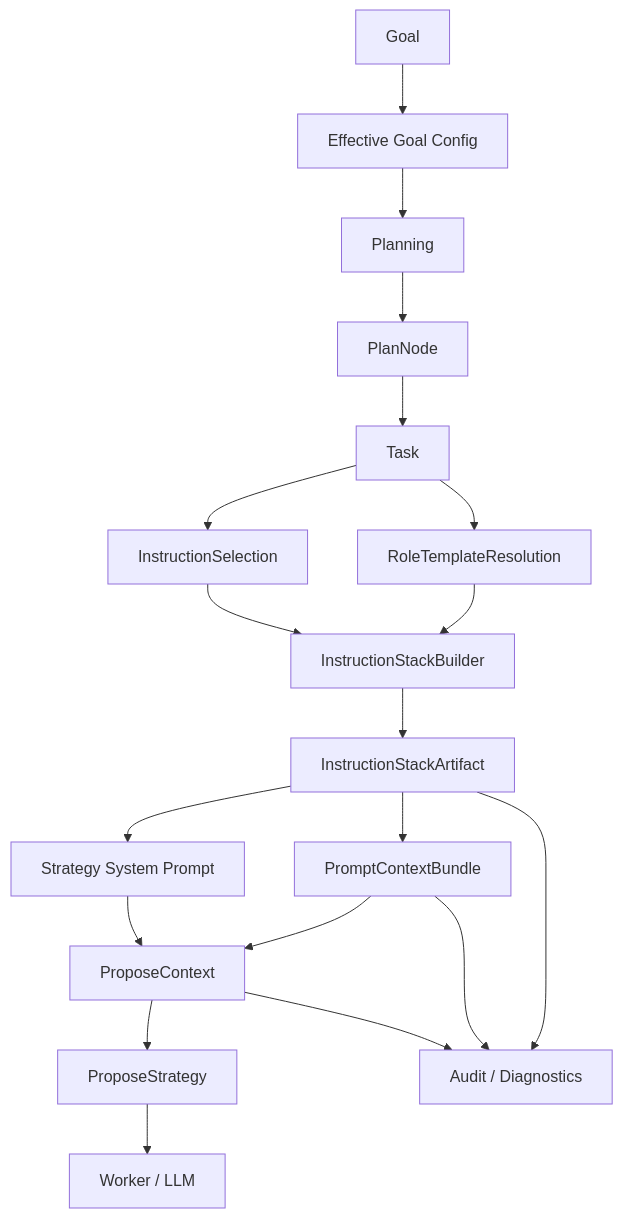
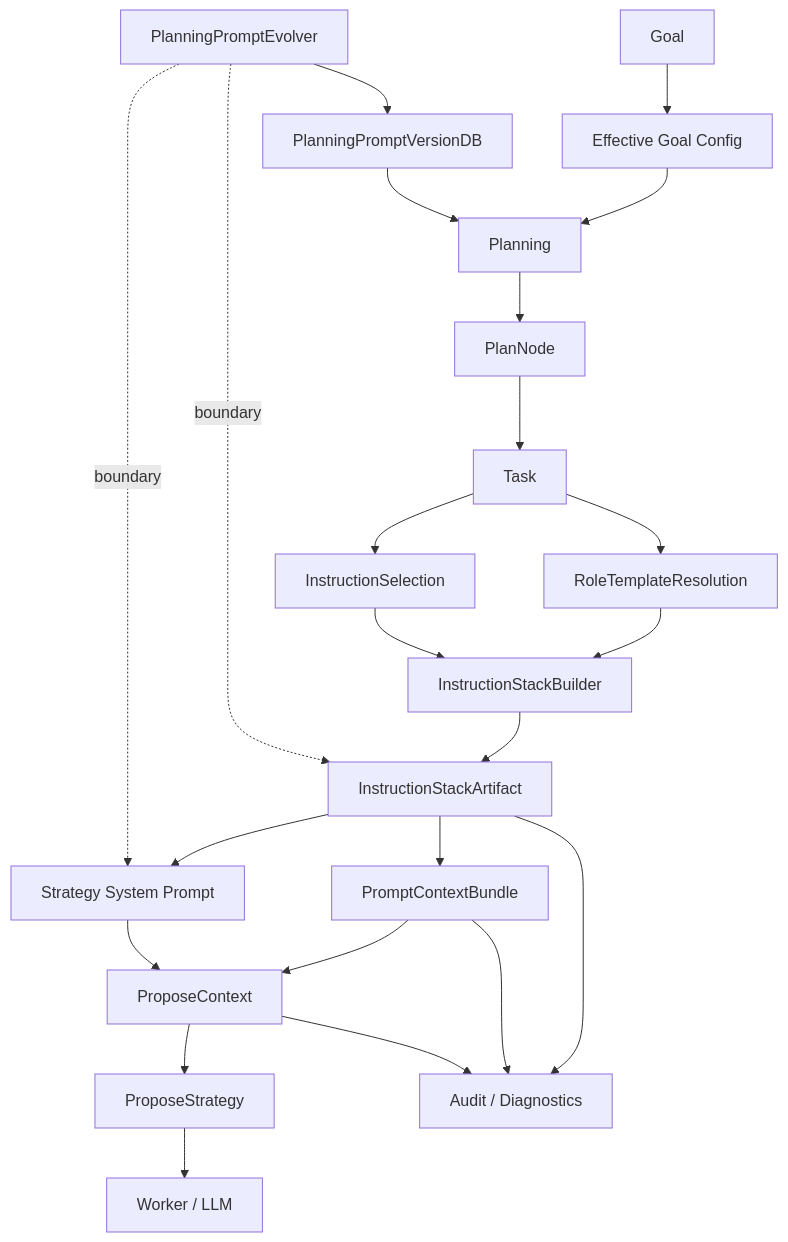
One commit to ananta888/ananta changed diagram 13 of 13 in todos/todo.templeate_architecture.md. Above: the diagram before and after it, drawn with Mermaid. The commit also changed other lines of this file, not shown here.

Commit message:
Document prompt evolver boundaries in template architecture

````diff
--- a/todos/todo.templeate_architecture.md
+++ b/todos/todo.templeate_architecture.md
@@ -481,25 +424,30 @@
 ```mermaid
 flowchart TD
     A[Goal] --> B[Effective Goal Config]
     B --> C[Planning]
     C --> D[PlanNode]
     D --> E[Task]
 
     E --> F[RoleTemplateResolution]
     E --> G[InstructionSelection]
     F --> H[InstructionStackBuilder]
     G --> H
 
     H --> I[InstructionStackArtifact]
     I --> J[PromptContextBundle]
     I --> K[Strategy System Prompt]
 
     J --> L[ProposeContext]
     K --> L
     L --> M[ProposeStrategy]
     M --> N[Worker / LLM]
 
-    I --> O[Audit / Diagnostics]
-    J --> O
-    L --> O
+    O[PlanningPromptEvolver] --> P[PlanningPromptVersionDB]
+    P --> C
+    O -. boundary .-> I
+    O -. boundary .-> K
+
+    I --> Q[Audit / Diagnostics]
+    J --> Q
+    L --> Q
 ```
````
